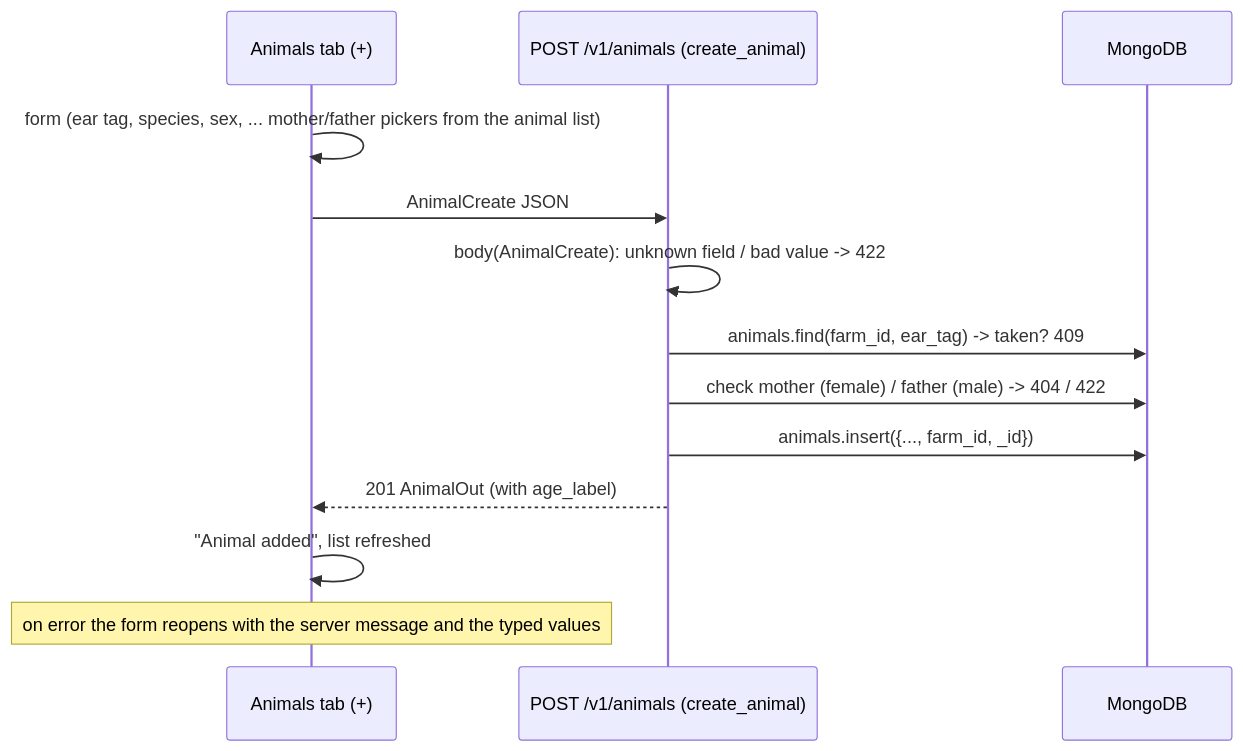
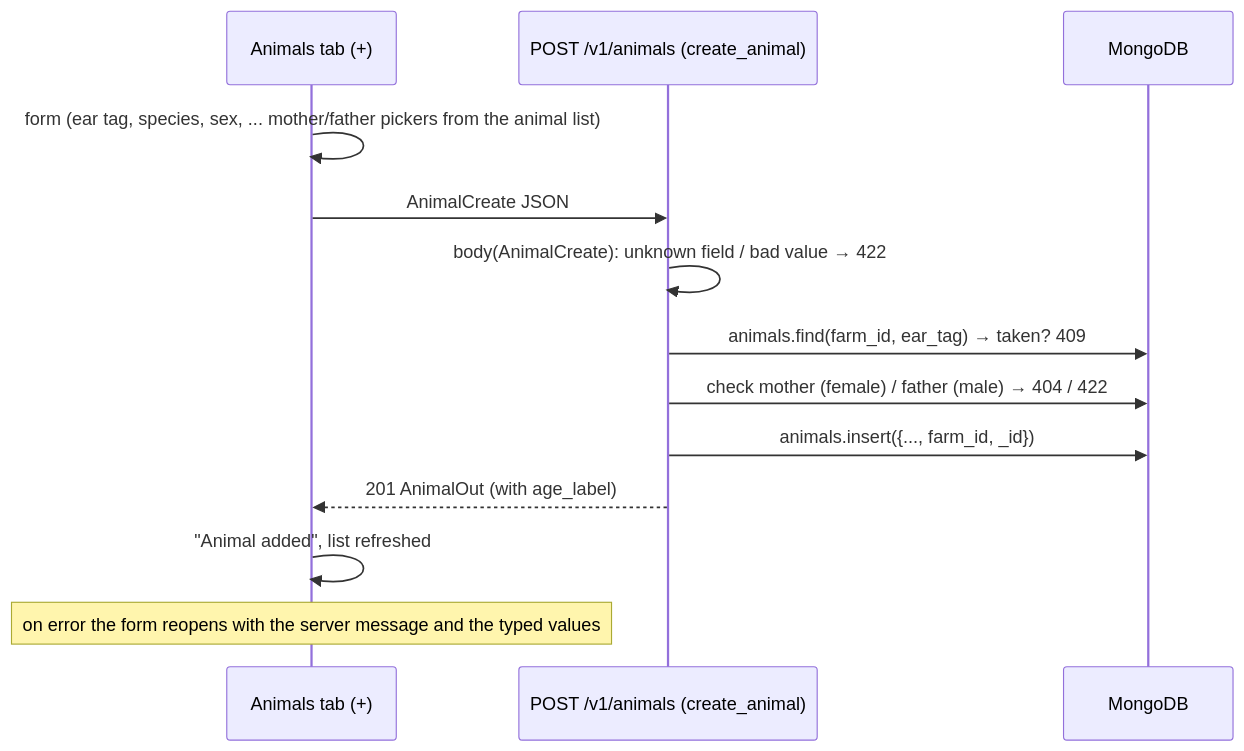
Before and after one commit to haythoum/farmivo_backend: the fifth of 9 diagrams in docs/SYSTEM_GUIDE.md, drawn with Mermaid. The commit also changed other lines of this file and 1 other file, not shown here.

Commit message:
Fix mermaid diagrams that GitHub could not render (unquoted parentheses, -> and ; inside messages)
Claude-Session: https://claude.ai/code/session_01XLSH4BzBp5jqE8Dhh26dGY

````diff
--- a/docs/SYSTEM_GUIDE.md
+++ b/docs/SYSTEM_GUIDE.md
@@ -142,15 +142,15 @@
 ```mermaid
 sequenceDiagram
   participant App as Animals tab (+)
   participant API as POST /v1/animals (create_animal)
   participant DB as MongoDB
   App->>App: form (ear tag, species, sex, ... mother/father pickers from the animal list)
   App->>API: AnimalCreate JSON
-  API->>API: body(AnimalCreate): unknown field / bad value -> 422
-  API->>DB: animals.find(farm_id, ear_tag) -> taken? 409
-  API->>DB: check mother (female) / father (male) -> 404 / 422
+  API->>API: body(AnimalCreate): unknown field / bad value → 422
+  API->>DB: animals.find(farm_id, ear_tag) → taken? 409
+  API->>DB: check mother (female) / father (male) → 404 / 422
   API->>DB: animals.insert({..., farm_id, _id})
   API-->>App: 201 AnimalOut (with age_label)
   App->>App: "Animal added", list refreshed
   Note over App: on error the form reopens with the server message and the typed values
 ```
````
